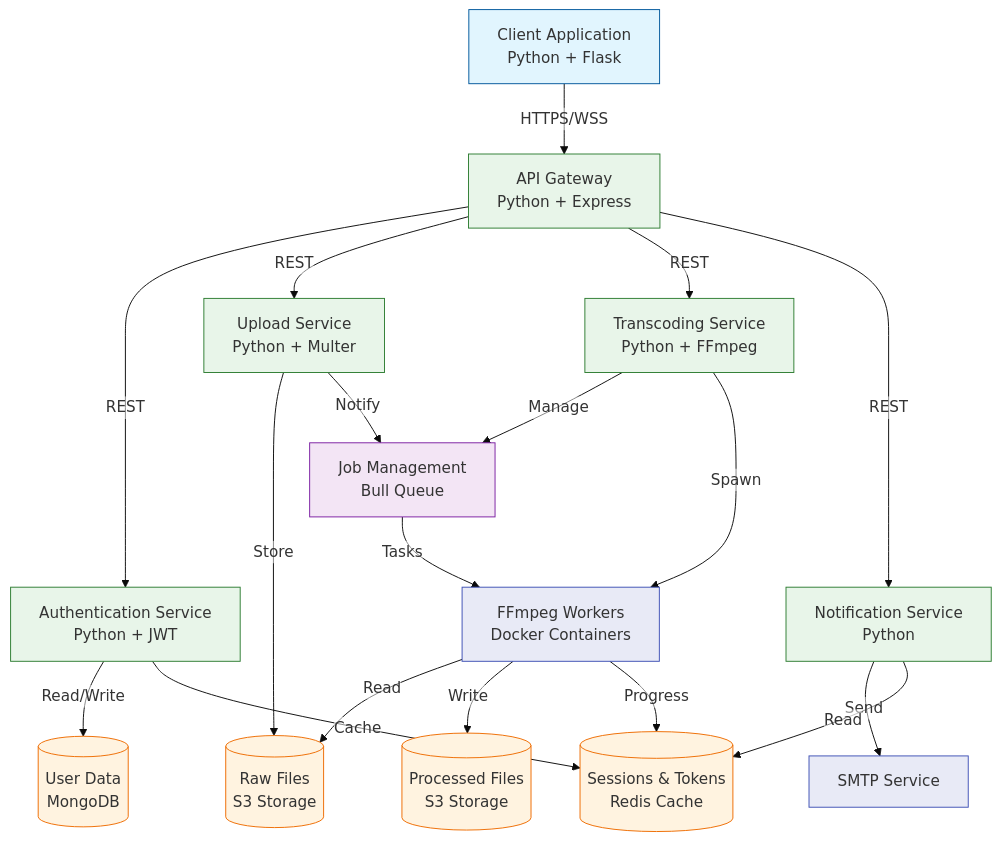
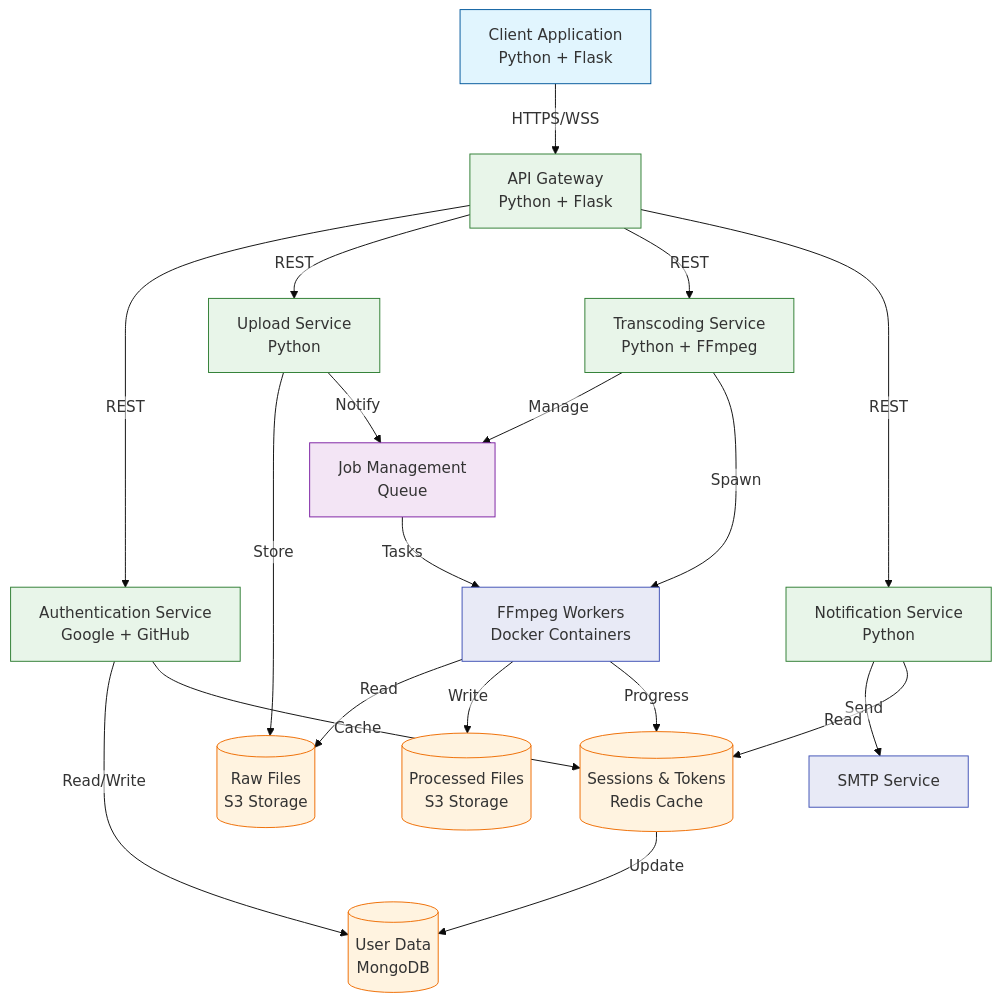
One commit to Gautam8387/CS-4622-Computing-in-the-Cloud changed the diagram in docs/architecture/architecture.md. Above: the diagram before and after it, drawn with Mermaid. The commit also changed 2 other files, not shown here.

Commit message:
Fixed mermaid diagram for dataflow and arch

```diff
--- a/docs/architecture/architecture.md
+++ b/docs/architecture/architecture.md
@@ -11,11 +11,11 @@
     
     %% API Gateway
     APIGateway[API Gateway
-        Python + Express]
+        Python + Flask]
     
     %% Authentication
     Auth[Authentication Service
-        Python + JWT]
+        Google + GitHub]
     MongoDB[(User Data
         MongoDB)]
     Redis[(Sessions & Tokens
@@ -23,7 +23,7 @@
     
     %% Upload Service
     Upload[Upload Service
-        Python + Multer]
+        Python]
     S3Raw[(Raw Files
         S3 Storage)]
     
@@ -31,7 +31,7 @@
     Transcoding[Transcoding Service
         Python + FFmpeg]
     Queue[Job Management
-        Bull Queue]
+        Queue]
     Workers[FFmpeg Workers
         Docker Containers]
     S3Processed[(Processed Files
@@ -71,6 +71,9 @@
     Notification -->|Send| EmailService
     Notification -->|Read| Redis
     
+    %% New Connection: Redis to MongoDB
+    Redis -->|Update| MongoDB
+    
     %% Styling
     classDef client fill:#e1f5fe,stroke:#01579b
     classDef service fill:#e8f5e9,stroke:#2e7d32
```
